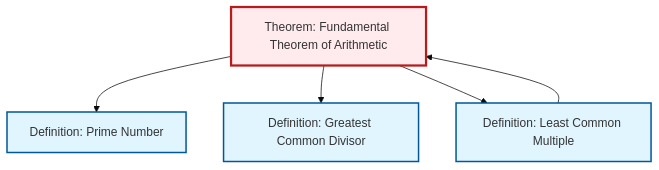
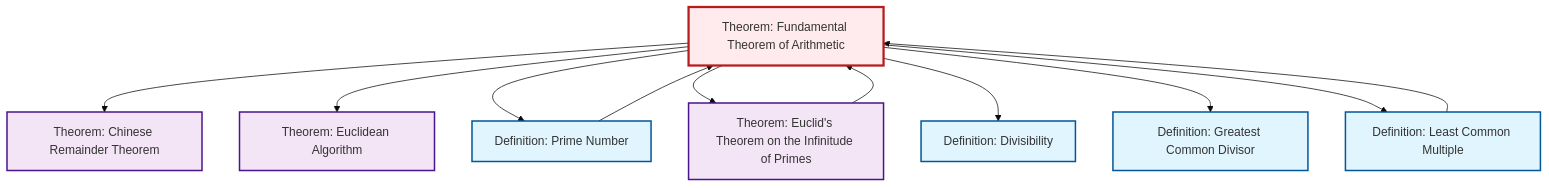
Before and after one commit to RK0429/ModernMath: the diagram in content/en/number-theory/thm-fundamental-arithmetic.qmd, drawn with Mermaid (base theme). The commit also changed other lines of this file and 654 other files, not shown here.

````diff
--- a/content/en/number-theory/thm-fundamental-arithmetic.qmd
+++ b/content/en/number-theory/thm-fundamental-arithmetic.qmd
@@ -64,21 +72,35 @@
 ```{mermaid}
 %%| fig-cap: "Local dependency graph"
 graph TD
     classDef definition fill:#e1f5fe,stroke:#01579b,stroke-width:2px
     classDef theorem fill:#f3e5f5,stroke:#4a148c,stroke-width:2px
     classDef axiom fill:#fff3e0,stroke:#e65100,stroke-width:2px
     classDef example fill:#e8f5e9,stroke:#1b5e20,stroke-width:2px
     classDef current fill:#ffebee,stroke:#b71c1c,stroke-width:3px
+    thm-chinese-remainder["Theorem: Chinese Remainder Theorem"]:::theorem
+    thm-euclidean-algorithm["Theorem: Euclidean Algorithm"]:::theorem
+    def-gcd["Definition: Greatest Common Divisor"]:::definition
+    def-divisibility["Definition: Divisibility"]:::definition
     thm-fundamental-arithmetic["Theorem: Fundamental Theorem of Arithmetic"]:::theorem
-    def-gcd["Definition: Greatest Common Divisor"]:::definition
+    thm-euclid-infinitude-primes["Theorem: Euclid's Theorem on the Infinitude of Primes"]:::theorem
     def-lcm["Definition: Least Common Multiple"]:::definition
     def-prime["Definition: Prime Number"]:::definition
+    def-prime --> thm-fundamental-arithmetic
+    thm-fundamental-arithmetic --> thm-chinese-remainder
+    thm-fundamental-arithmetic --> thm-euclidean-algorithm
     thm-fundamental-arithmetic --> def-prime
     def-lcm --> thm-fundamental-arithmetic
+    thm-fundamental-arithmetic --> thm-euclid-infinitude-primes
+    thm-euclid-infinitude-primes --> thm-fundamental-arithmetic
+    thm-fundamental-arithmetic --> def-divisibility
     thm-fundamental-arithmetic --> def-gcd
     thm-fundamental-arithmetic --> def-lcm
     class thm-fundamental-arithmetic current
+    click thm-chinese-remainder "thm-chinese-remainder.html" "Go to Chinese Remainder Theorem theorem"
+    click thm-euclidean-algorithm "thm-euclidean-algorithm.html" "Go to Euclidean Algorithm theorem"
     click def-gcd "def-gcd.html" "Go to Greatest Common Divisor definition"
+    click def-divisibility "def-divisibility.html" "Go to Divisibility definition"
+    click thm-euclid-infinitude-primes "thm-euclid-infinitude-primes.html" "Go to Euclid's Theorem on the Infinitude of Primes theorem"
     click def-lcm "def-lcm.html" "Go to Least Common Multiple definition"
     click def-prime "def-prime.html" "Go to Prime Number definition"
 ```
````
